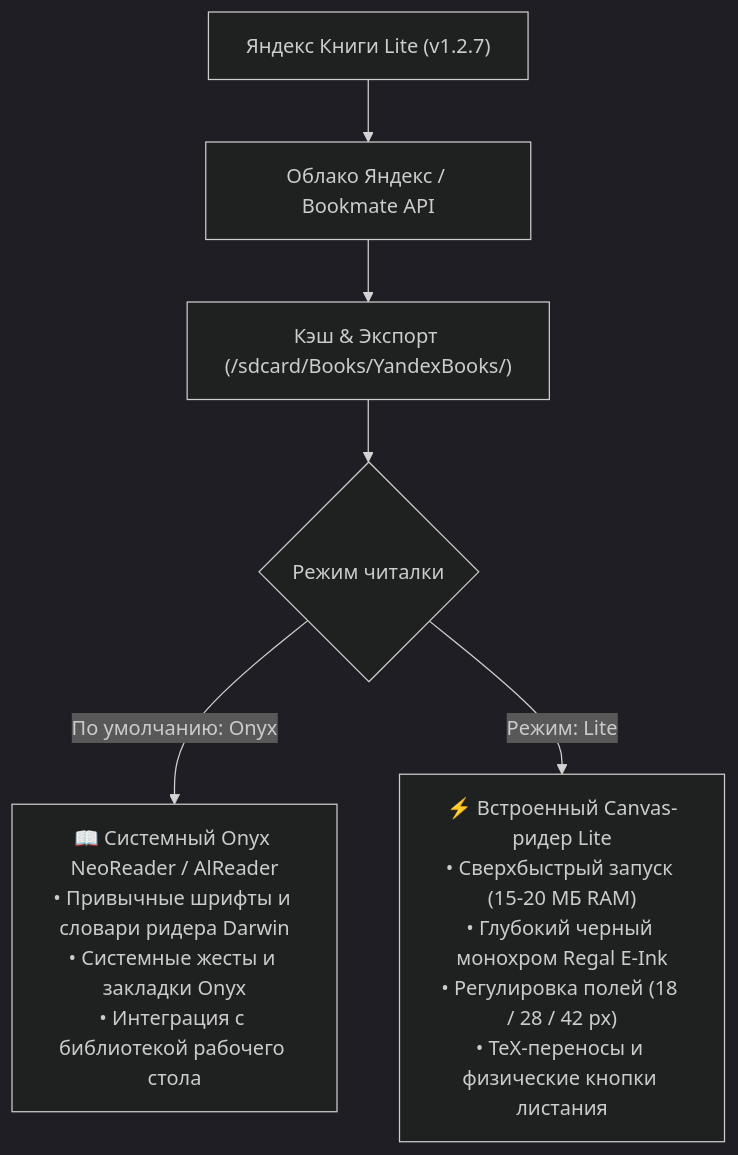
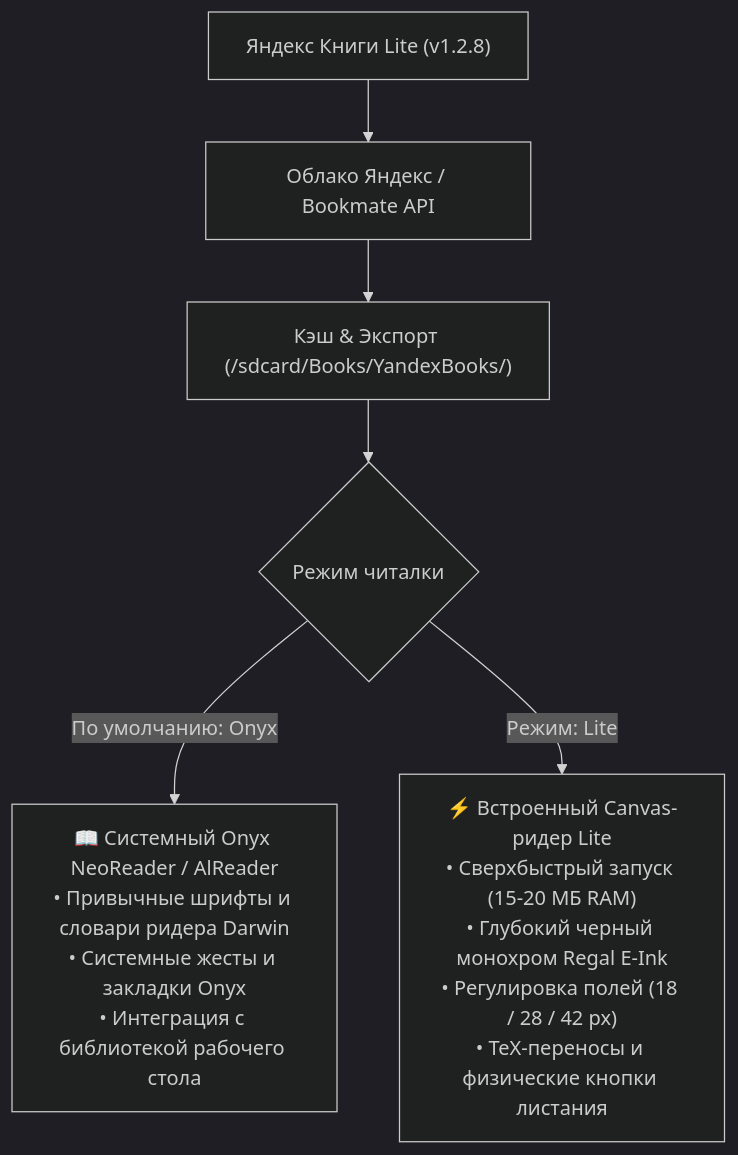
The diagram in README.md (litvaerickson-spec/onyx-yandex-books), drawn with Mermaid (dark theme) before and after one commit. The commit also changed other lines of this file and 12 other files, not shown here.

````diff
--- a/README.md
+++ b/README.md
@@ -67,10 +56,10 @@
 ```mermaid
 flowchart TD
-    App["Яндекс Книги Lite (v1.2.7)"] --> Cloud["Облако Яндекс / Bookmate API"]
+    App["Яндекс Книги Lite (v1.2.8)"] --> Cloud["Облако Яндекс / Bookmate API"]
     Cloud --> Cache["Кэш & Экспорт (/sdcard/Books/YandexBooks/)"]
     Cache --> ModeSelect{"Режим читалки"}
     
     ModeSelect -->|По умолчанию: Onyx| OnyxReader["📖 Системный Onyx NeoReader / AlReader<br/>• Привычные шрифты и словари ридера Darwin<br/>• Системные жесты и закладки Onyx<br/>• Интеграция с библиотекой рабочего стола"]
     
     ModeSelect -->|Режим: Lite| LiteReader["⚡ Встроенный Canvas-ридер Lite<br/>• Сверхбыстрый запуск (15-20 МБ RAM)<br/>• Глубокий черный монохром Regal E-Ink<br/>• Регулировка полей (18 / 28 / 42 px)<br/>• TeX-переносы и физические кнопки листания"]
 ```
````
